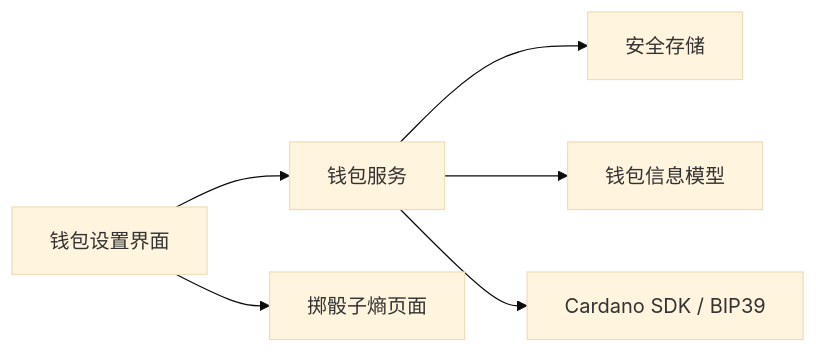
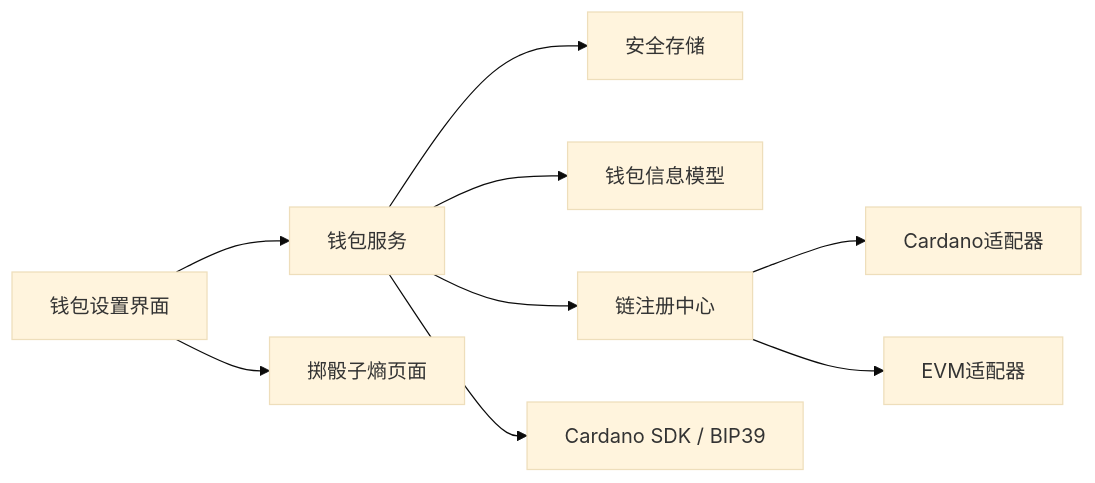
The fifth of 5 diagrams in .qoder/repowiki/zh/content/用户界面/冷钱包App界面/钱包设置界面.md (EqualToEthan/stasis), drawn with Mermaid (base theme) before and after one commit. The commit also changed other lines of this file and 40 other files, not shown here.

````diff
--- a/.qoder/repowiki/zh/content/用户界面/冷钱包App界面/钱包设置界面.md
+++ b/.qoder/repowiki/zh/content/用户界面/冷钱包App界面/钱包设置界面.md
@@ -238,8 +370,11 @@
 ```mermaid
 graph LR
 UI["钱包设置界面"] --> SVC["钱包服务"]
 UI --> ENT["掷骰子熵页面"]
 SVC --> SEC["安全存储"]
 SVC --> MOD["钱包信息模型"]
+SVC --> REG["链注册中心"]
+REG --> AD1["Cardano适配器"]
+REG --> AD2["EVM适配器"]
 SVC --> EXT["Cardano SDK / BIP39"]
 ```
````
